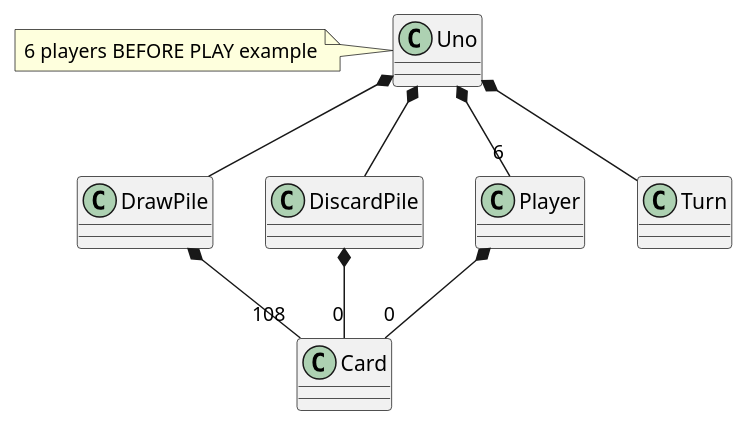
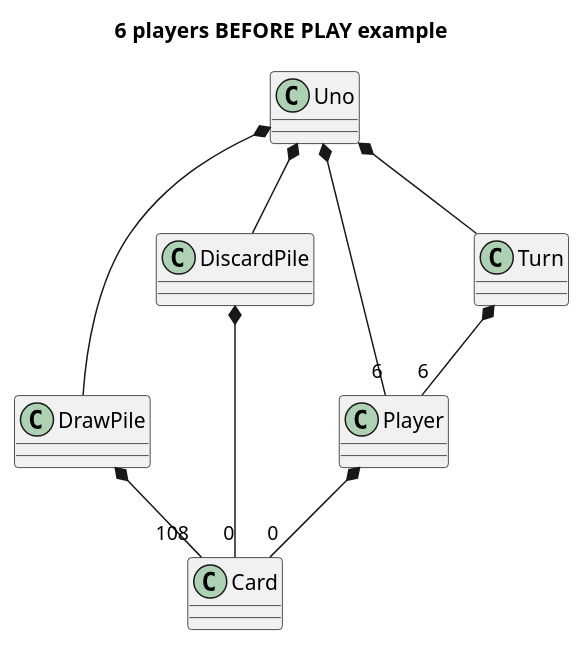
One commit to x-USantaTecla-game-uno/requirements changed the diagram in UNO-DomainModel-Simple-BeforePlay.puml. Above: the diagram before and after it, drawn with PlantUML. The commit also changed 14 other files, not shown here.

```diff
--- a/UNO-DomainModel-Simple-BeforePlay.puml
+++ b/UNO-DomainModel-Simple-BeforePlay.puml
@@ -1,15 +1,16 @@
 @startuml
+
+Title 6 players BEFORE PLAY example
 
 Uno *-- DrawPile
 Uno *-- DiscardPile
 Uno *-- "6" Player
 Uno *-- Turn
 
-note left of Uno : 6 players BEFORE PLAY example
-
+Turn *-- "6" Player
 Player *-- "0" Card
 
 DrawPile *-- "108" Card
 DiscardPile *-- "0" Card
- 
+
 @enduml
```
